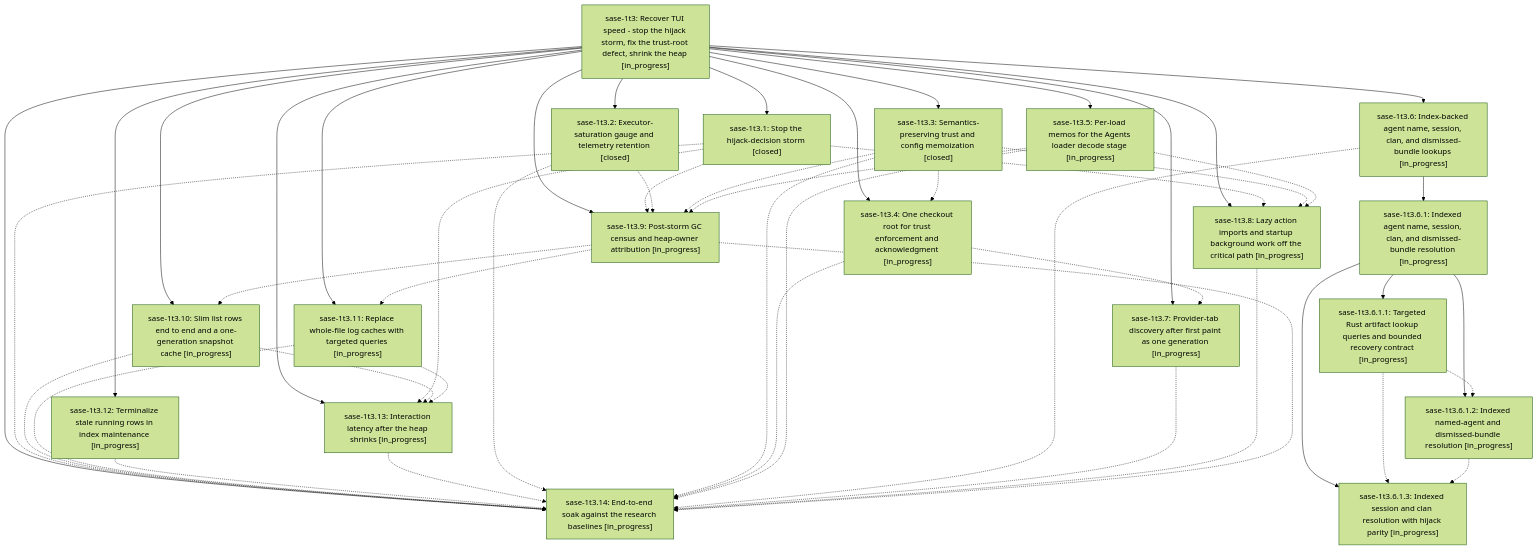
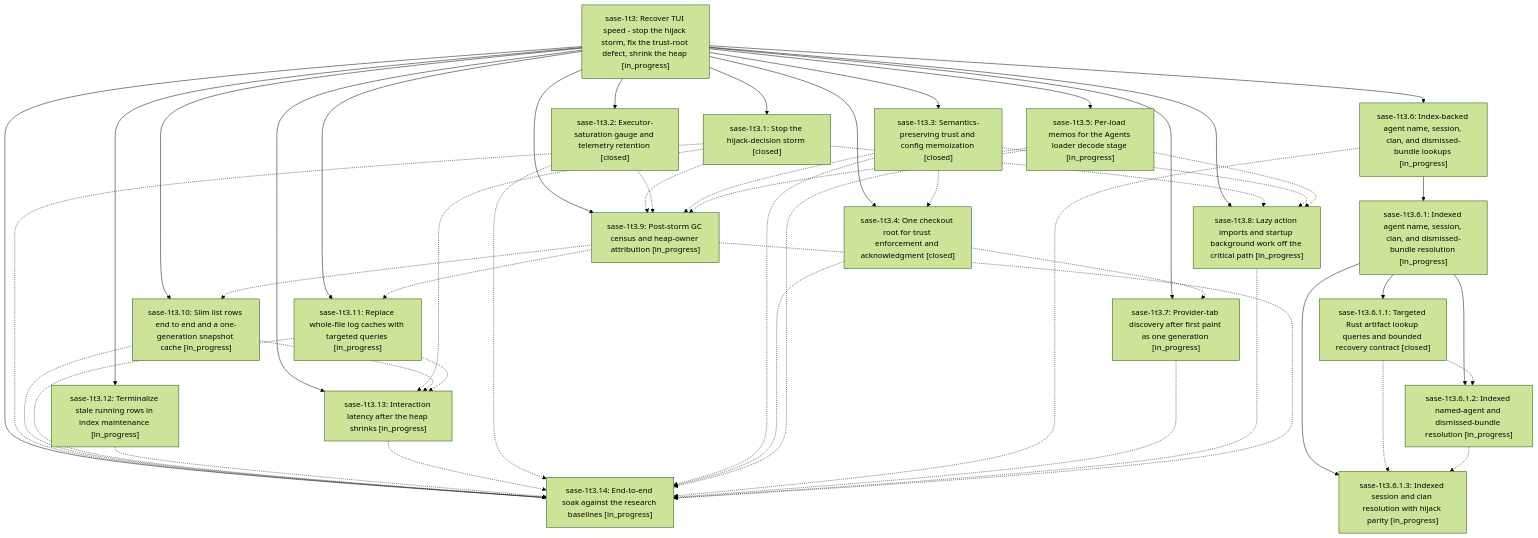
One commit to sase-org/sase--beads changed the diagram in pages/sase-1t3/README.md. Above: the diagram before and after it, drawn with Mermaid (forest theme). The commit also changed other lines of this file and 10 other files, not shown here.

````diff
--- a/pages/sase-1t3/README.md
+++ b/pages/sase-1t3/README.md
@@ -53,70 +53,70 @@
 ```mermaid
 flowchart TD
     n0["sase-1t3: Recover TUI speed - stop the hijack storm, fix the trust-root defect, shrink the heap [in_progress]"]
     n1["sase-1t3.1: Stop the hijack-decision storm [closed]"]
     n2["sase-1t3.10: Slim list rows end to end and a one-generation snapshot cache [in_progress]"]
     n3["sase-1t3.11: Replace whole-file log caches with targeted queries [in_progress]"]
     n4["sase-1t3.12: Terminalize stale running rows in index maintenance [in_progress]"]
     n5["sase-1t3.13: Interaction latency after the heap shrinks [in_progress]"]
     n6["sase-1t3.14: End-to-end soak against the research baselines [in_progress]"]
     n7["sase-1t3.2: Executor-saturation gauge and telemetry retention [closed]"]
     n8["sase-1t3.3: Semantics-preserving trust and config memoization [closed]"]
-    n9["sase-1t3.4: One checkout root for trust enforcement and acknowledgment [in_progress]"]
+    n9["sase-1t3.4: One checkout root for trust enforcement and acknowledgment [closed]"]
     n10["sase-1t3.5: Per-load memos for the Agents loader decode stage [in_progress]"]
     n11["sase-1t3.6: Index-backed agent name, session, clan, and dismissed-bundle lookups [in_progress]"]
     n12["sase-1t3.6.1: Indexed agent name, session, clan, and dismissed-bundle resolution [in_progress]"]
-    n13["sase-1t3.6.1.1: Targeted Rust artifact lookup queries and bounded recovery contract [in_progress]"]
+    n13["sase-1t3.6.1.1: Targeted Rust artifact lookup queries and bounded recovery contract [closed]"]
     n14["sase-1t3.6.1.2: Indexed named-agent and dismissed-bundle resolution [in_progress]"]
     n15["sase-1t3.6.1.3: Indexed session and clan resolution with hijack parity [in_progress]"]
     n16["sase-1t3.7: Provider-tab discovery after first paint as one generation [in_progress]"]
     n17["sase-1t3.8: Lazy action imports and startup background work off the critical path [in_progress]"]
     n18["sase-1t3.9: Post-storm GC census and heap-owner attribution [in_progress]"]
     n0 --> n1
     n0 --> n2
     n0 --> n3
     n0 --> n4
     n0 --> n5
     n0 --> n6
     n0 --> n7
     n0 --> n8
     n0 --> n9
     n0 --> n10
     n0 --> n11
     n11 --> n12
     n12 --> n13
     n12 --> n14
     n12 --> n15
     n0 --> n16
     n0 --> n17
     n0 --> n18
     n1 -.-> n5
     n1 -.-> n6
     n1 -.-> n17
     n1 -.-> n18
     n2 -.-> n5
     n2 -.-> n6
     n3 -.-> n5
     n3 -.-> n6
     n4 -.-> n6
     n5 -.-> n6
     n7 -.-> n6
     n7 -.-> n18
     n8 -.-> n6
     n8 -.-> n9
     n8 -.-> n17
     n8 -.-> n18
     n9 -.-> n6
     n9 -.-> n16
     n10 -.-> n6
     n10 -.-> n17
     n10 -.-> n18
     n11 -.-> n6
     n13 -.-> n14
     n13 -.-> n15
     n14 -.-> n15
     n16 -.-> n6
     n17 -.-> n6
     n18 -.-> n2
     n18 -.-> n3
     n18 -.-> n6
 ```
````
